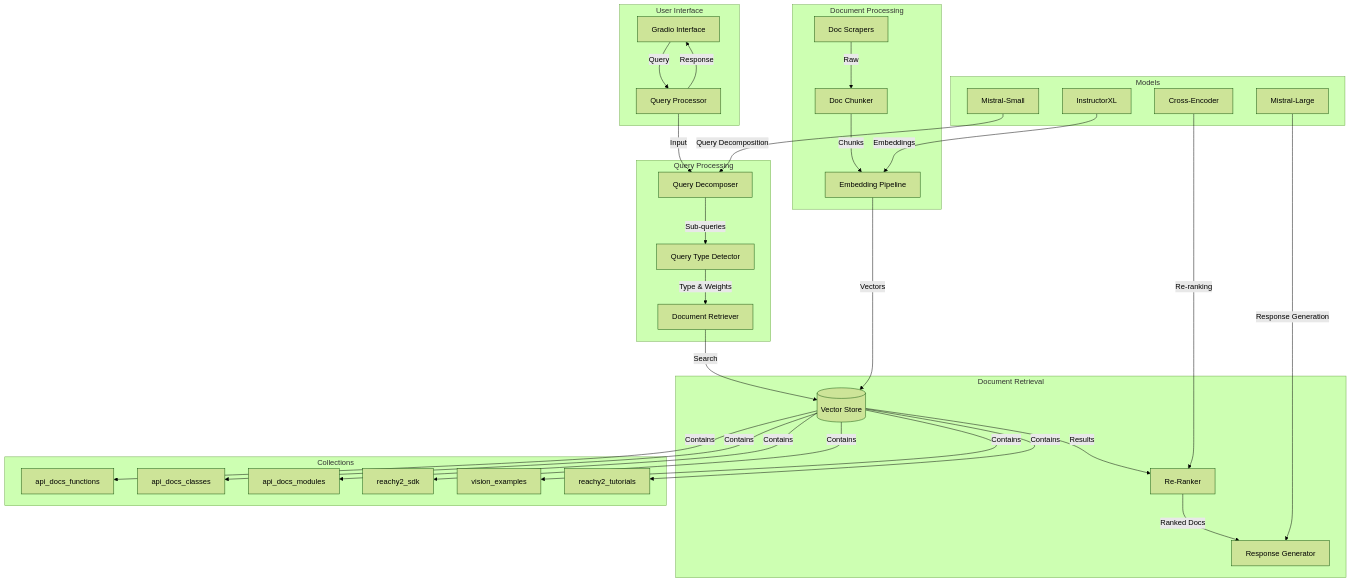
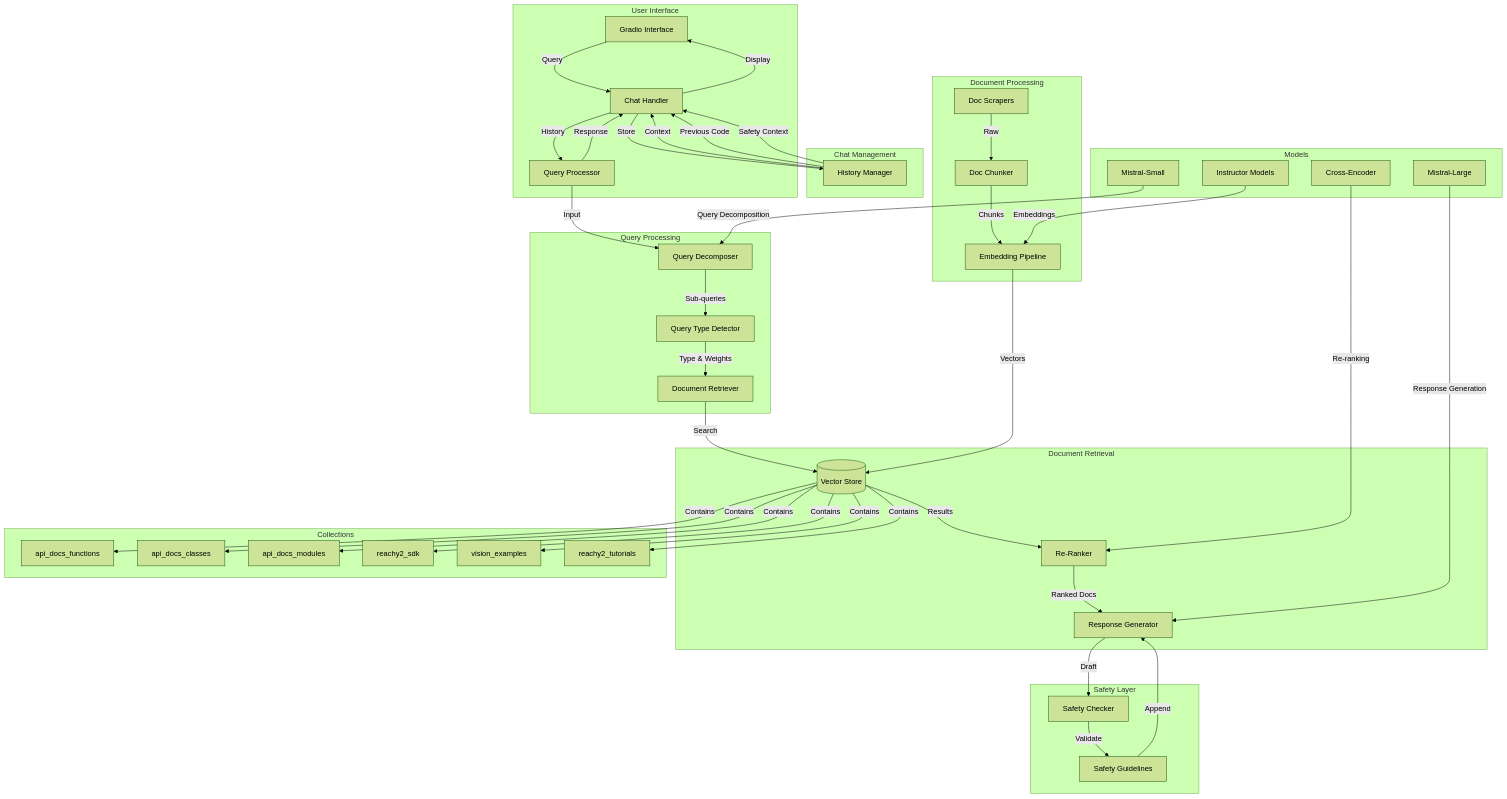
One commit to revelsi/reachy2_expert_agent changed the diagram in SCHEMATIC.md. Above: the diagram before and after it, drawn with Mermaid (forest theme). The commit also changed other lines of this file and 19 other files, not shown here.

````diff
--- a/SCHEMATIC.md
+++ b/SCHEMATIC.md
@@ -3,41 +3,56 @@
 ```mermaid
 graph TD
     subgraph "User Interface"
-        UI[Gradio Interface] --> |Query| QP[Query Processor]
-        QP --> |Response| UI
+        UI[Gradio Interface] --> |Query| CH[Chat Handler]
+        CH --> |History| QP[Query Processor]
+        QP --> |Response| CH
+        CH --> |Display| UI
+    end
+
+    subgraph "Chat Management"
+        CH --> |Store| HM[History Manager]
+        HM --> |Context| CH
+        HM --> |Previous Code| CH
+        HM --> |Safety Context| CH
     end
 
     subgraph "Query Processing"
         QP --> |Input| QD[Query Decomposer]
         QD --> |Sub-queries| QT[Query Type Detector]
         QT --> |Type & Weights| DR[Document Retriever]
     end
 
     subgraph "Document Retrieval"
         DR --> |Search| VS[(Vector Store)]
         VS --> |Results| RR[Re-Ranker]
         RR --> |Ranked Docs| RG[Response Generator]
+    end
+
+    subgraph "Safety Layer"
+        RG --> |Draft| SC[Safety Checker]
+        SC --> |Validate| SG[Safety Guidelines]
+        SG --> |Append| RG
     end
 
     subgraph "Document Processing"
         DS[Doc Scrapers] --> |Raw| DC[Doc Chunker]
         DC --> |Chunks| EP[Embedding Pipeline]
         EP --> |Vectors| VS
     end
 
     subgraph "Collections"
         VS --> |Contains| C1[api_docs_functions]
         VS --> |Contains| C2[api_docs_classes]
         VS --> |Contains| C3[api_docs_modules]
         VS --> |Contains| C4[reachy2_sdk]
         VS --> |Contains| C5[vision_examples]
         VS --> |Contains| C6[reachy2_tutorials]
     end
 
     subgraph "Models"
         M1[Mistral-Small] --> |Query Decomposition| QD
-        M2[InstructorXL] --> |Embeddings| EP
+        M2[Instructor Models] --> |Embeddings| EP
         M3[Cross-Encoder] --> |Re-ranking| RR
         M4[Mistral-Large] --> |Response Generation| RG
     end
 ```
````
